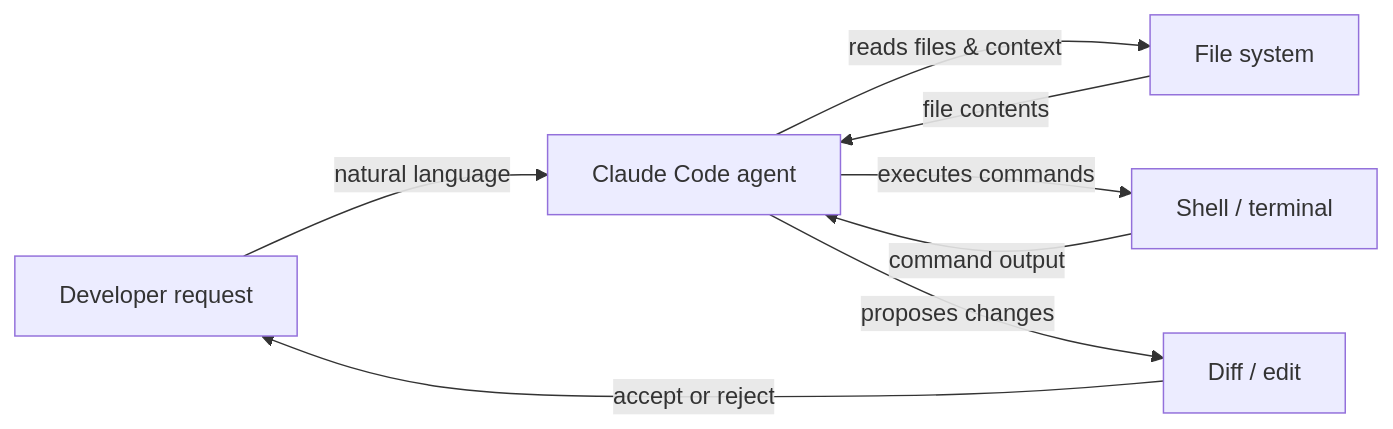
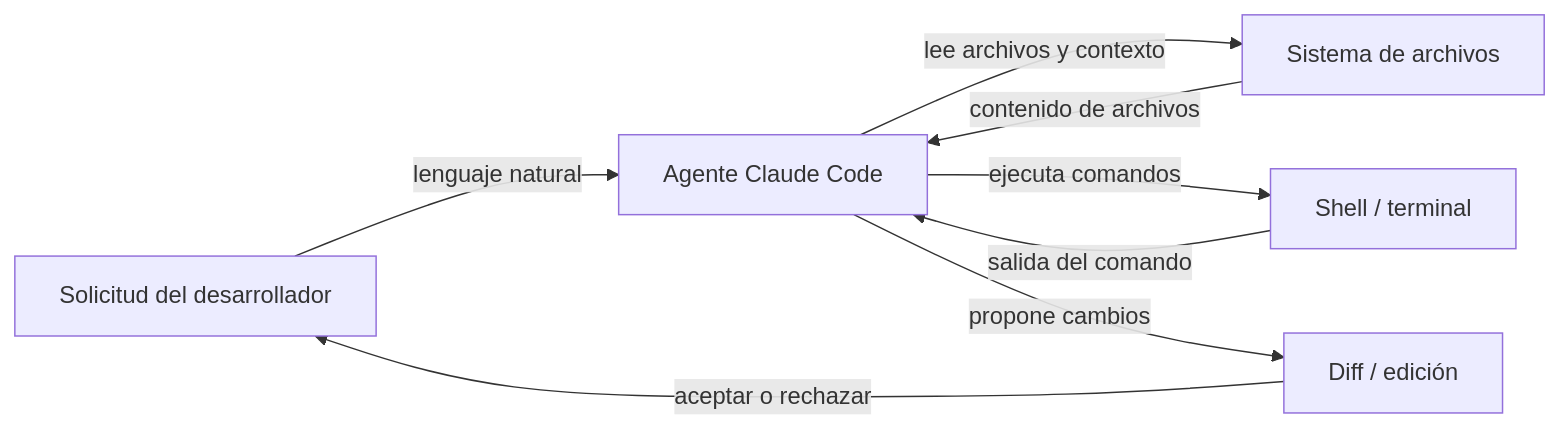
The diagram in i18n/es/docusaurus-plugin-content-docs/current/claude-code/index.md (EmersonBraun/ai-summary-hub), drawn with Mermaid before and after one commit. The commit also changed other lines of this file and 178 other files, not shown here.

````diff
--- a/i18n/es/docusaurus-plugin-content-docs/current/claude-code/index.md
+++ b/i18n/es/docusaurus-plugin-content-docs/current/claude-code/index.md
@@ -35,10 +37,10 @@
 ```mermaid
 flowchart LR
-  User[Developer request] -->|natural language| Claude[Claude Code agent]
-  Claude -->|reads files & context| FS[File system]
-  Claude -->|executes commands| Shell[Shell / terminal]
-  FS -->|file contents| Claude
-  Shell -->|command output| Claude
-  Claude -->|proposes changes| Diff[Diff / edit]
-  Diff -->|accept or reject| User
+  User[Solicitud del desarrollador] -->|lenguaje natural| Claude[Agente Claude Code]
+  Claude -->|lee archivos y contexto| FS[Sistema de archivos]
+  Claude -->|ejecuta comandos| Shell[Shell / terminal]
+  FS -->|contenido de archivos| Claude
+  Shell -->|salida del comando| Claude
+  Claude -->|propone cambios| Diff[Diff / edición]
+  Diff -->|aceptar o rechazar| User
 ```
````
